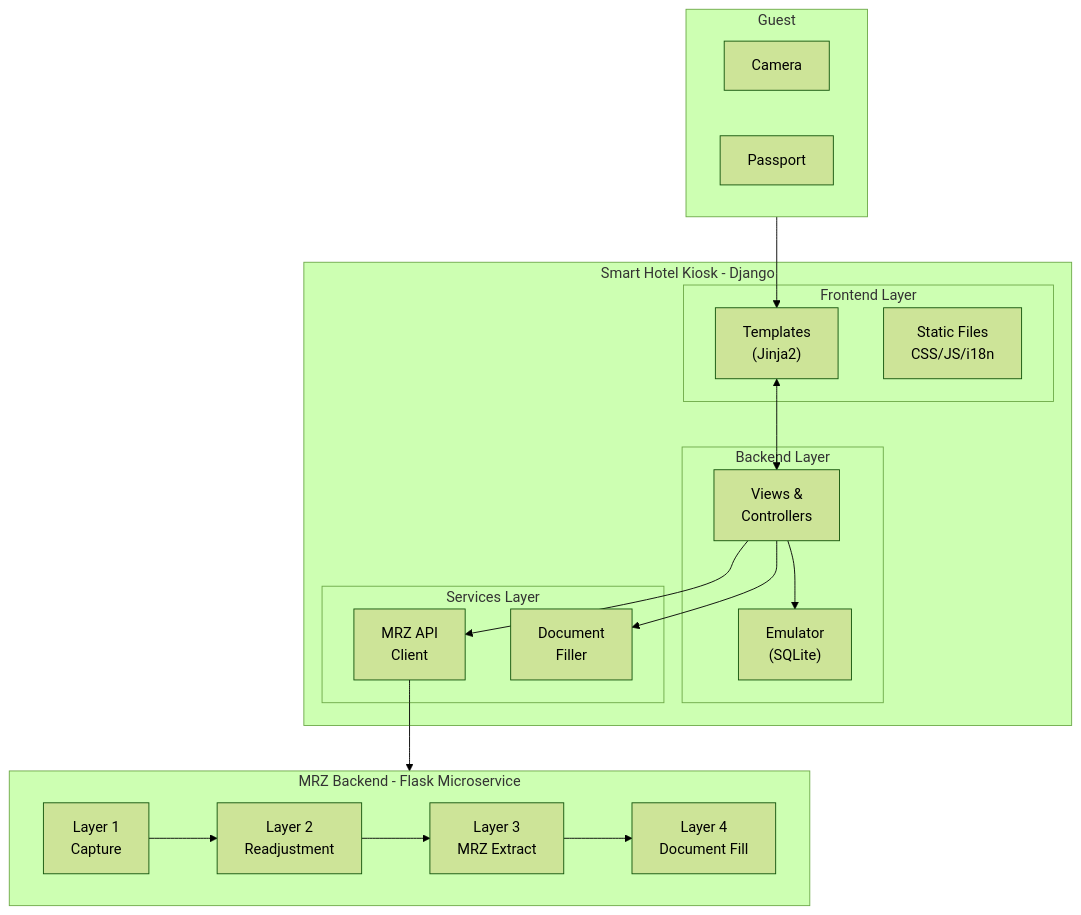
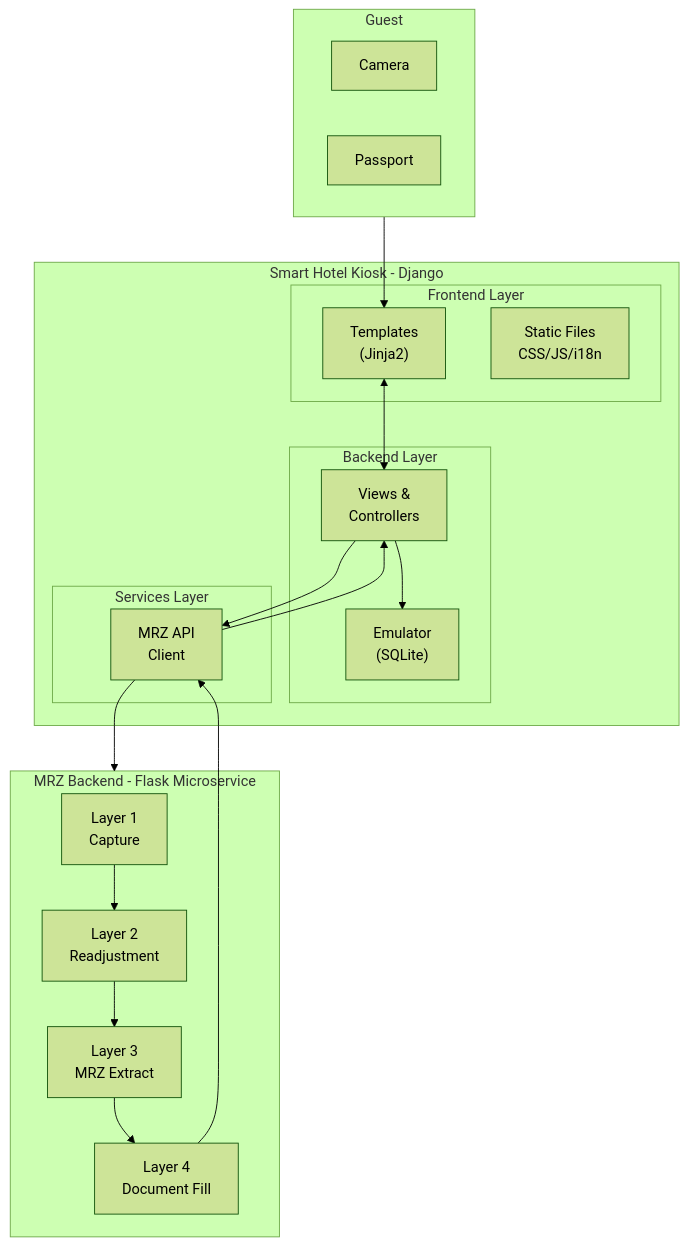
The first of 2 diagrams in kiosk/README.md (omarmx9/smart-hotel), drawn with Mermaid (forest theme) before and after one commit. The commit also changed 2 other files, not shown here.

Commit message:
(Readme Changes)

````diff
--- a/kiosk/README.md
+++ b/kiosk/README.md
@@ -63,42 +63,42 @@
 ```mermaid
 flowchart TB
     subgraph KIOSK["Smart Hotel Kiosk - Django"]
         subgraph FRONTEND["Frontend Layer"]
             TEMPLATES["Templates<br/>(Jinja2)"]
             STATIC["Static Files<br/>CSS/JS/i18n"]
         end
         
         subgraph BACKEND["Backend Layer"]
             VIEWS["Views &<br/>Controllers"]
             EMULATOR["Emulator<br/>(SQLite)"]
         end
         
         subgraph SERVICES["Services Layer"]
             MRZ_CLIENT["MRZ API<br/>Client"]
-            DOC_FILLER["Document<br/>Filler"]
         end
     end
     
     subgraph MRZ_BACKEND["MRZ Backend - Flask Microservice"]
         CAPTURE["Layer 1<br/>Capture"]
         READJUST["Layer 2<br/>Readjustment"]
         EXTRACT["Layer 3<br/>MRZ Extract"]
         FILL["Layer 4<br/>Document Fill"]
         
         CAPTURE --> READJUST
         READJUST --> EXTRACT
         EXTRACT --> FILL
     end
     
     subgraph GUEST["Guest"]
         CAMERA["Camera"]
         PASSPORT["Passport"]
     end
 
     GUEST --> TEMPLATES
     TEMPLATES <--> VIEWS
     VIEWS --> EMULATOR
     VIEWS --> MRZ_CLIENT
     MRZ_CLIENT --> MRZ_BACKEND
-    VIEWS --> DOC_FILLER
+    FILL --> MRZ_CLIENT
+    MRZ_CLIENT --> VIEWS
 ```
````
